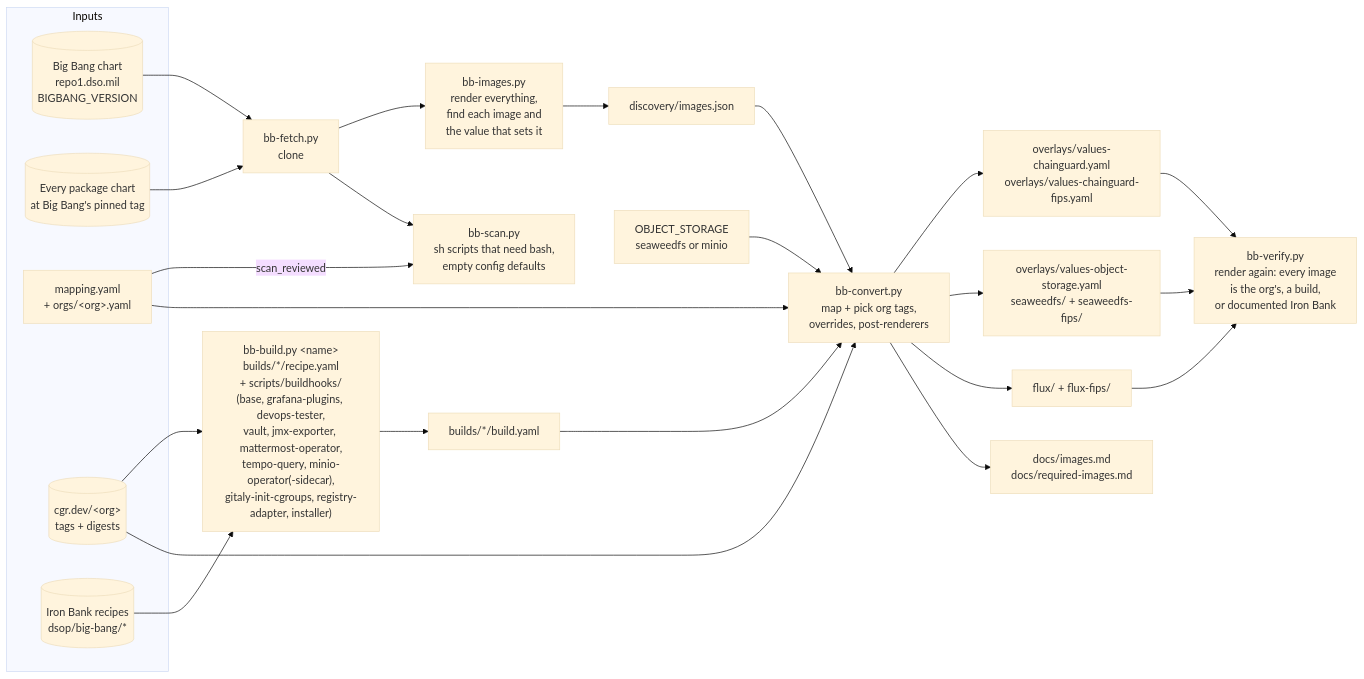
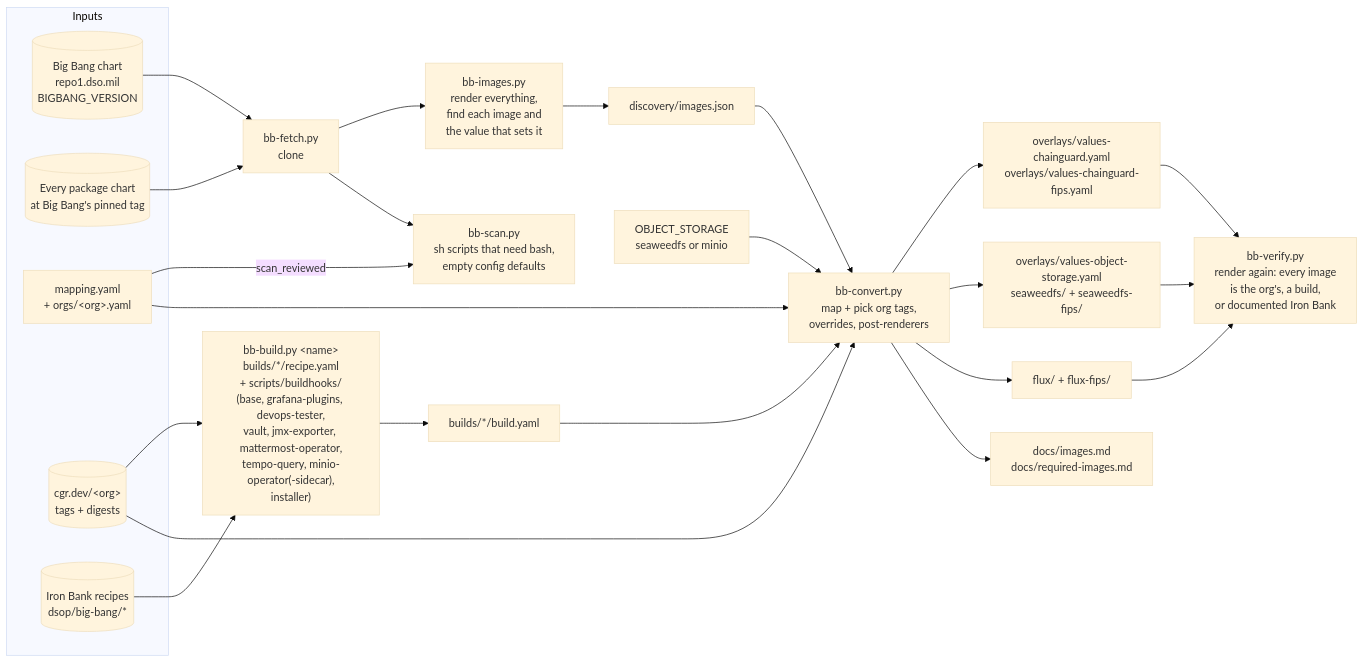
Before and after one commit to Zapata-Technology/bigbang-chainguard: the first of 9 diagrams in docs/architecture.md, drawn with Mermaid (base theme). The commit also changed other lines of this file and 28 other files, not shown here.

First line of the commit message:
feat: run Chainguard's neuvector-registry-adapter and gitaly-init-cgroups; retire both builds (#323)

````diff
--- a/docs/architecture.md
+++ b/docs/architecture.md
@@ -10,36 +10,36 @@
 ```mermaid
 flowchart LR
     subgraph inputs[Inputs]
         BB[(Big Bang chart<br/>repo1.dso.mil<br/>BIGBANG_VERSION)]
         PK[(Every package chart<br/>at Big Bang's pinned tag)]
         MAP[mapping.yaml<br/>+ orgs/&lt;org&gt;.yaml]
         ORG[(cgr.dev/&lt;org&gt;<br/>tags + digests)]
         IB[(Iron Bank recipes<br/>dsop/big-bang/*)]
     end
 
     BB --> F[bb-fetch.py<br/>clone]
     PK --> F
     F --> D[bb-images.py<br/>render everything,<br/>find each image and<br/>the value that sets it]
     D --> DJ[discovery/images.json]
 
-    IB --> BLD["bb-build.py &lt;name&gt;<br/>builds/*/recipe.yaml<br/>+ scripts/buildhooks/<br/>(base, grafana-plugins, devops-tester,<br/>vault, jmx-exporter, mattermost-operator,<br/>tempo-query, minio-operator(-sidecar),<br/>gitaly-init-cgroups, registry-adapter, installer)"]
+    IB --> BLD["bb-build.py &lt;name&gt;<br/>builds/*/recipe.yaml<br/>+ scripts/buildhooks/<br/>(base, grafana-plugins, devops-tester,<br/>vault, jmx-exporter, mattermost-operator,<br/>tempo-query, minio-operator(-sidecar),<br/>installer)"]
     ORG --> BLD
     BLD --> BY[builds/*/build.yaml]
 
     F --> SC[bb-scan.py<br/>sh scripts that need bash,<br/>empty config defaults]
     MAP -- scan_reviewed --> SC
 
     DJ --> C[bb-convert.py<br/>map + pick org tags,<br/>overrides, post-renderers]
     MAP --> C
     ORG --> C
     BY --> C
     OS[OBJECT_STORAGE<br/>seaweedfs or minio] --> C
     C --> OV[overlays/values-chainguard.yaml<br/>overlays/values-chainguard-fips.yaml]
     C --> OSO[overlays/values-object-storage.yaml<br/>seaweedfs/ + seaweedfs-fips/]
     C --> FX[flux/ + flux-fips/]
     C --> DOC[docs/images.md<br/>docs/required-images.md]
 
     OV --> V[bb-verify.py<br/>render again: every image<br/>is the org's, a build,<br/>or documented Iron Bank]
     OSO --> V
     FX --> V
 ```
````
